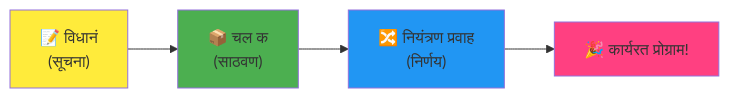
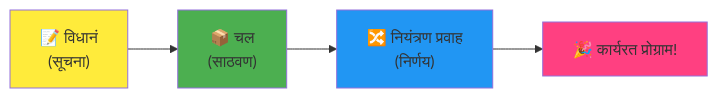
The fourth of 7 diagrams in translations/mr/1-getting-started-lessons/1-intro-to-programming-languages/README.md (microsoft/Web-Dev-For-Beginners), drawn with Mermaid before and after one commit. The commit also changed other lines of this file and 11 other files, not shown here.

````diff
--- a/translations/mr/1-getting-started-lessons/1-intro-to-programming-languages/README.md
+++ b/translations/mr/1-getting-started-lessons/1-intro-to-programming-languages/README.md
@@ -465,9 +466,9 @@
 ```mermaid
 flowchart LR
-    A["📝 विधानं<br/>(सूचना)"] --> B["📦 चल क<br/>(साठवण)"] --> C["🔀 नियंत्रण प्रवाह<br/>(निर्णय)"] --> D["🎉 कार्यरत प्रोग्राम!"]
+    A["📝 विधानं<br/>(सूचना)"] --> B["📦 चल<br/>(साठवण)"] --> C["🔀 नियंत्रण प्रवाह<br/>(निर्णय)"] --> D["🎉 कार्यरत प्रोग्राम!"]
     
     style A fill:#ffeb3b
     style B fill:#4caf50
     style C fill:#2196f3
     style D fill:#ff4081
-```  
+```
````
